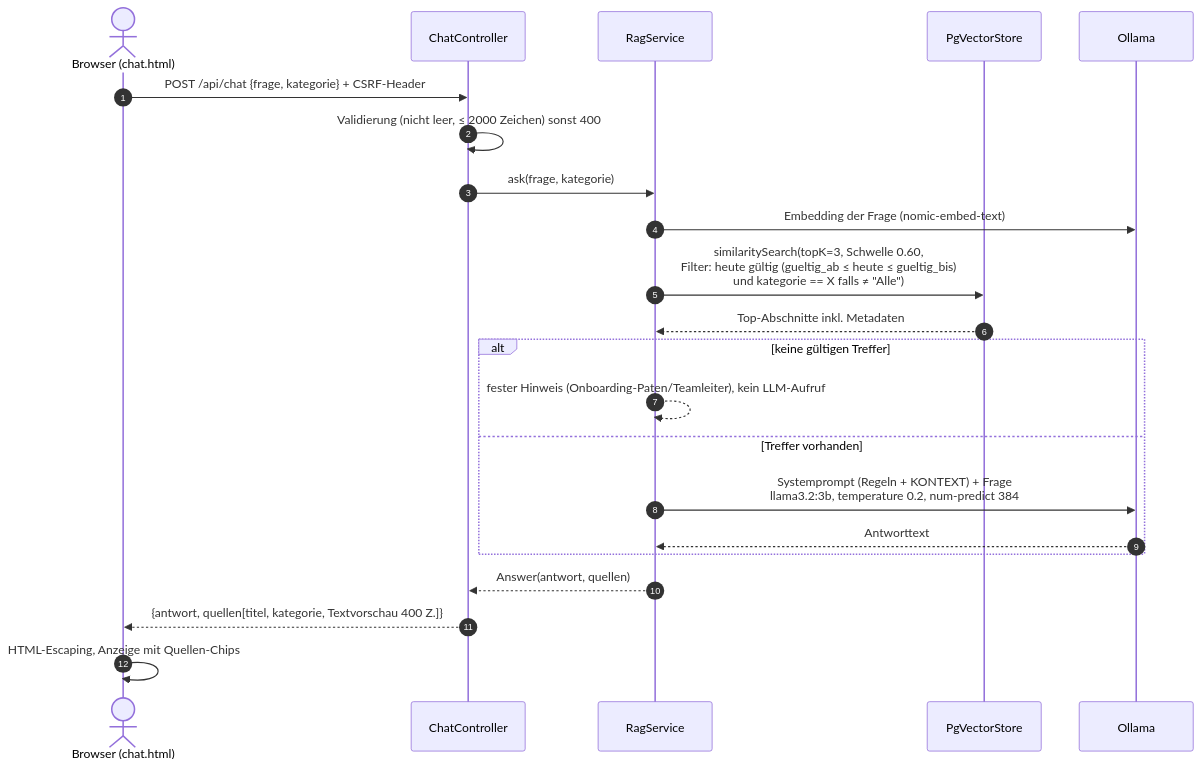
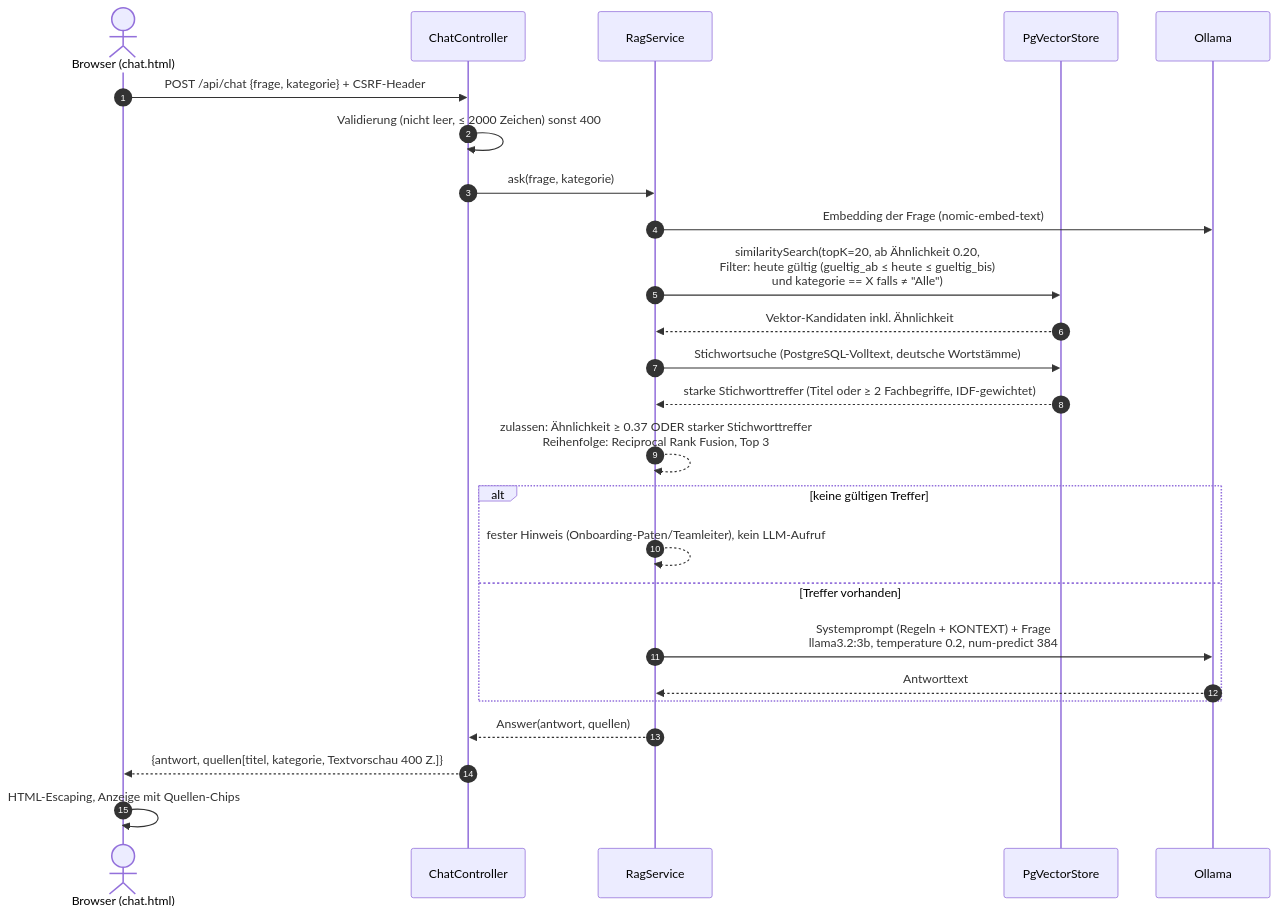
The fifth of 7 diagrams in docs/ARCHITEKTUR.md (baiyendeik-enowmpey/betriebsrente-faq-bot-keycloak), drawn with Mermaid before and after one commit. The commit also changed other lines of this file and 6 other files, not shown here.

First line of the commit message:
Hybride Suche: Vektorsuche plus Stichwortsuche (PostgreSQL-Volltext)

````diff
--- a/docs/ARCHITEKTUR.md
+++ b/docs/ARCHITEKTUR.md
@@ -179,25 +179,28 @@
 ```mermaid
 sequenceDiagram
     autonumber
     actor U as Browser (chat.html)
     participant C as ChatController
     participant R as RagService
     participant V as PgVectorStore
     participant O as Ollama
 
     U->>C: POST /api/chat {frage, kategorie} + CSRF-Header
     C->>C: Validierung (nicht leer, ≤ 2000 Zeichen) sonst 400
     C->>R: ask(frage, kategorie)
     R->>O: Embedding der Frage (nomic-embed-text)
-    R->>V: similaritySearch(topK=3, Schwelle 0.60,<br/>Filter: heute gültig (gueltig_ab ≤ heute ≤ gueltig_bis)<br/>und kategorie == X falls ≠ "Alle")
-    V-->>R: Top-Abschnitte inkl. Metadaten
+    R->>V: similaritySearch(topK=20, ab Ähnlichkeit 0.20,<br/>Filter: heute gültig (gueltig_ab ≤ heute ≤ gueltig_bis)<br/>und kategorie == X falls ≠ "Alle")
+    V-->>R: Vektor-Kandidaten inkl. Ähnlichkeit
+    R->>V: Stichwortsuche (PostgreSQL-Volltext, deutsche Wortstämme)
+    V-->>R: starke Stichworttreffer (Titel oder ≥ 2 Fachbegriffe, IDF-gewichtet)
+    R-->>R: zulassen: Ähnlichkeit ≥ 0.37 ODER starker Stichworttreffer<br/>Reihenfolge: Reciprocal Rank Fusion, Top 3
     alt keine gültigen Treffer
         R-->>R: fester Hinweis (Onboarding-Paten/Teamleiter), kein LLM-Aufruf
     else Treffer vorhanden
         R->>O: Systemprompt (Regeln + KONTEXT) + Frage<br/>llama3.2:3b, temperature 0.2, num-predict 384
         O-->>R: Antworttext
     end
     R-->>C: Answer(antwort, quellen)
     C-->>U: {antwort, quellen[titel, kategorie, Textvorschau 400 Z.]}
     U->>U: HTML-Escaping, Anzeige mit Quellen-Chips
 ```
````
